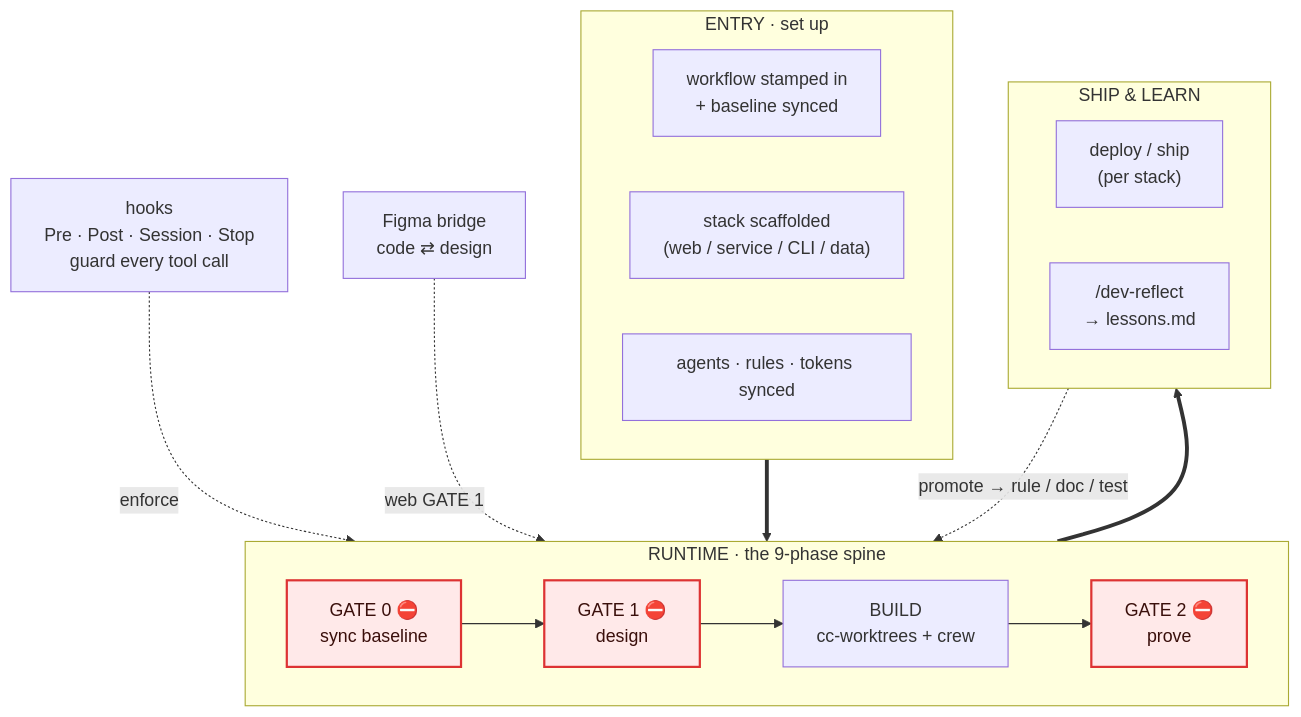
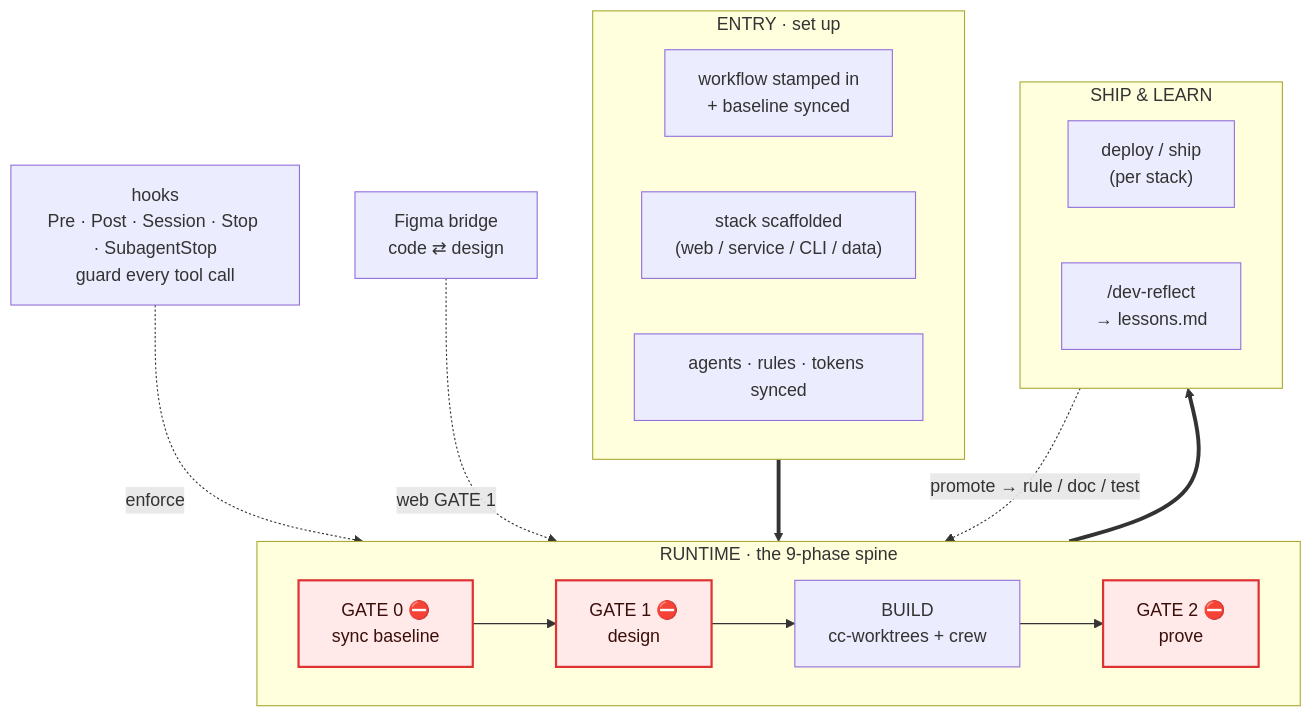
Before and after one commit to HenriGeorge/AutoCue: the second of 16 diagrams in docs/OVERVIEW.md, drawn with Mermaid. The commit also changed other lines of this file and 45 other files, not shown here.

````diff
--- a/docs/OVERVIEW.md
+++ b/docs/OVERVIEW.md
@@ -34,24 +36,24 @@
 ```mermaid
 flowchart TB
   subgraph ENTRY["ENTRY · set up"]
     direction LR
     S1["workflow stamped in<br/>+ baseline synced"]
     S2["stack scaffolded<br/>(web / service / CLI / data)"]
     SY["agents · rules · tokens synced"]
   end
   subgraph RUNTIME["RUNTIME · the 9-phase spine"]
     direction LR
     G0["GATE 0 ⛔<br/>sync baseline"] --> G1["GATE 1 ⛔<br/>design"] --> BUILD["BUILD<br/>cc-worktrees + crew"] --> G2["GATE 2 ⛔<br/>prove"]
   end
   subgraph SHIP["SHIP &amp; LEARN"]
     direction LR
     GO["deploy / ship<br/>(per stack)"]
     DR["/dev-reflect<br/>→ lessons.md"]
   end
   ENTRY ==> RUNTIME ==> SHIP
-  HK["hooks<br/>Pre · Post · Session · Stop<br/>guard every tool call"] -.enforce.-> BUILD
+  HK["hooks<br/>Pre · Post · Session · Stop · SubagentStop<br/>guard every tool call"] -.enforce.-> BUILD
   FIG["Figma bridge<br/>code ⇄ design"] -.web GATE 1.-> G1
   DR -.promote → rule / doc / test.-> G0
   classDef gate fill:#ffe9e9,stroke:#d33,stroke-width:2px,color:#3a0f0b;
   class G0,G1,G2 gate;
 ```
````
